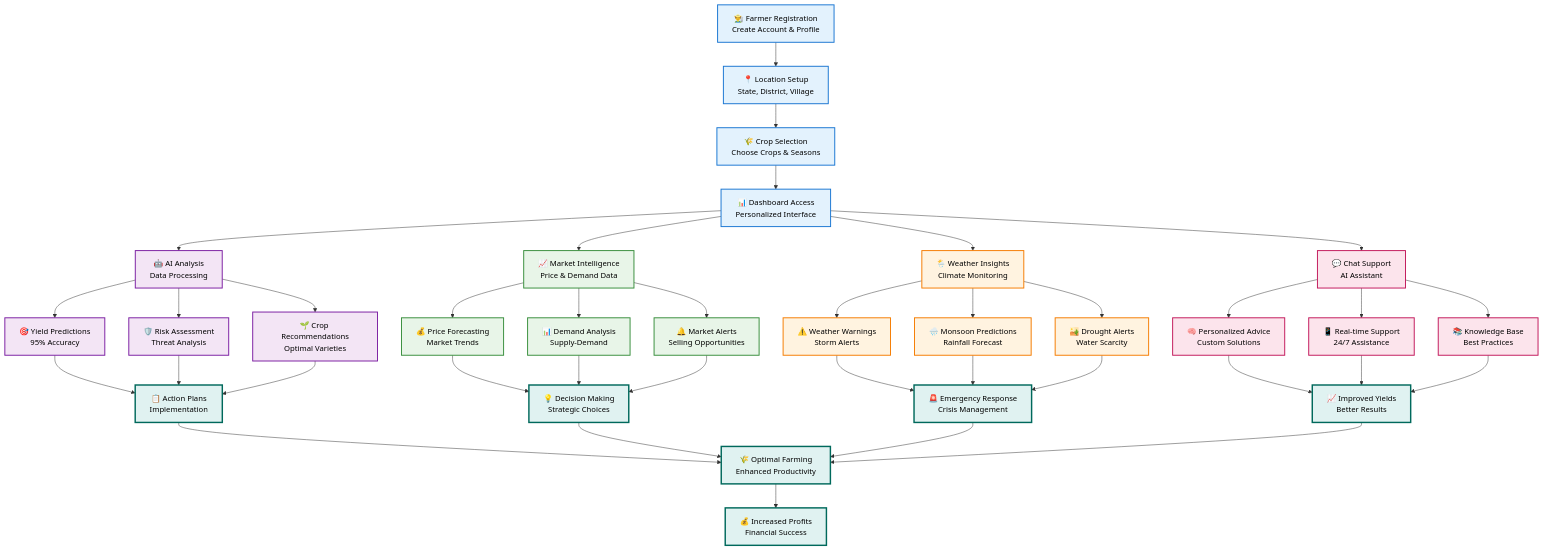
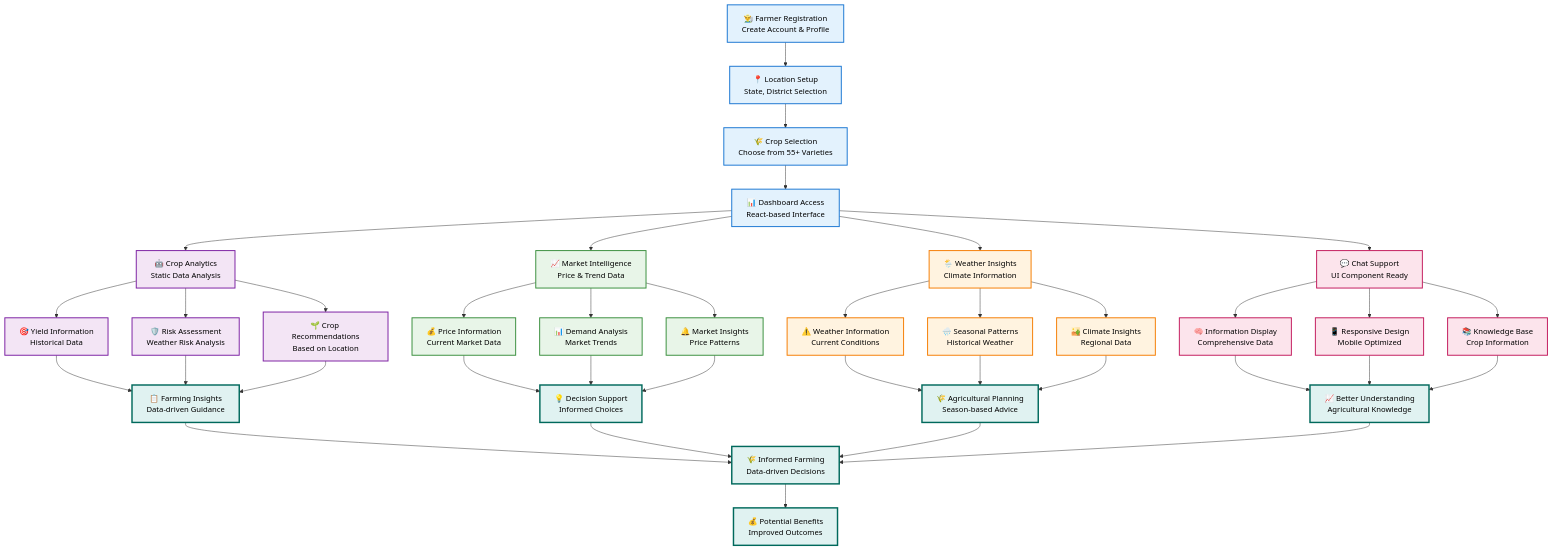
Before and after one commit to KGFCH2/CropAI_India: the first of 9 diagrams in README.md, drawn with Mermaid. The commit also changed other lines of this file, not shown here.

````diff
--- a/README.md
+++ b/README.md
@@ -254,62 +254,62 @@
 ```mermaid
 flowchart TD
-    A["👨‍🌾 Farmer Registration<br/>Create Account & Profile"] --> B["📍 Location Setup<br/>State, District, Village"]
-    B --> C["🌾 Crop Selection<br/>Choose Crops & Seasons"]
-    C --> D["📊 Dashboard Access<br/>Personalized Interface"]
+    A["👨‍🌾 Farmer Registration<br/>Create Account & Profile"] --> B["📍 Location Setup<br/>State, District Selection"]
+    B --> C["🌾 Crop Selection<br/>Choose from 55+ Varieties"]
+    C --> D["📊 Dashboard Access<br/>React-based Interface"]
     
-    D --> E["🤖 AI Analysis<br/>Data Processing"]
-    D --> F["📈 Market Intelligence<br/>Price & Demand Data"]
-    D --> G["🌦️ Weather Insights<br/>Climate Monitoring"]
-    D --> H["💬 Chat Support<br/>AI Assistant"]
+    D --> E["🤖 Crop Analytics<br/>Static Data Analysis"]
+    D --> F["📈 Market Intelligence<br/>Price & Trend Data"]
+    D --> G["🌦️ Weather Insights<br/>Climate Information"]
+    D --> H["💬 Chat Support<br/>UI Component Ready"]
     
-    E --> I["🎯 Yield Predictions<br/>95% Accuracy"]
-    E --> J["🛡️ Risk Assessment<br/>Threat Analysis"]
-    E --> K["🌱 Crop Recommendations<br/>Optimal Varieties"]
+    E --> I["🎯 Yield Information<br/>Historical Data"]
+    E --> J["🛡️ Risk Assessment<br/>Weather Risk Analysis"]
+    E --> K["🌱 Crop Recommendations<br/>Based on Location"]
     
-    F --> L["💰 Price Forecasting<br/>Market Trends"]
-    F --> M["📊 Demand Analysis<br/>Supply-Demand"]
-    F --> N["🔔 Market Alerts<br/>Selling Opportunities"]
+    F --> L["💰 Price Information<br/>Current Market Data"]
+    F --> M["📊 Demand Analysis<br/>Market Trends"]
+    F --> N["🔔 Market Insights<br/>Price Patterns"]
     
-    G --> O["⚠️ Weather Warnings<br/>Storm Alerts"]
-    G --> P["🌧️ Monsoon Predictions<br/>Rainfall Forecast"]
-    G --> Q["🏜️ Drought Alerts<br/>Water Scarcity"]
+    G --> O["⚠️ Weather Information<br/>Current Conditions"]
+    G --> P["🌧️ Seasonal Patterns<br/>Historical Weather"]
+    G --> Q["🏜️ Climate Insights<br/>Regional Data"]
     
-    H --> R["🧠 Personalized Advice<br/>Custom Solutions"]
-    H --> S["📱 Real-time Support<br/>24/7 Assistance"]
-    H --> T["📚 Knowledge Base<br/>Best Practices"]
+    H --> R["🧠 Information Display<br/>Comprehensive Data"]
+    H --> S["📱 Responsive Design<br/>Mobile Optimized"]
+    H --> T["📚 Knowledge Base<br/>Crop Information"]
     
-    I --> U["📋 Action Plans<br/>Implementation"]
+    I --> U["📋 Farming Insights<br/>Data-driven Guidance"]
     J --> U
     K --> U
-    L --> V["💡 Decision Making<br/>Strategic Choices"]
+    L --> V["💡 Decision Support<br/>Informed Choices"]
     M --> V
     N --> V
-    O --> W["🚨 Emergency Response<br/>Crisis Management"]
+    O --> W["🌾 Agricultural Planning<br/>Season-based Advice"]
     P --> W
     Q --> W
-    R --> X["📈 Improved Yields<br/>Better Results"]
+    R --> X["📈 Better Understanding<br/>Agricultural Knowledge"]
     S --> X
     T --> X
     
-    U --> Y["🌾 Optimal Farming<br/>Enhanced Productivity"]
+    U --> Y["🌾 Informed Farming<br/>Data-driven Decisions"]
     V --> Y
     W --> Y
     X --> Y
     
-    Y --> Z["💰 Increased Profits<br/>Financial Success"]
+    Y --> Z["💰 Potential Benefits<br/>Improved Outcomes"]
     
     %% Styling for better visibility
     classDef userInput fill:#e3f2fd,stroke:#1976d2,stroke-width:2px,color:#000
-    classDef aiProcess fill:#f3e5f5,stroke:#7b1fa2,stroke-width:2px,color:#000
+    classDef dataProcess fill:#f3e5f5,stroke:#7b1fa2,stroke-width:2px,color:#000
     classDef marketData fill:#e8f5e8,stroke:#388e3c,stroke-width:2px,color:#000
     classDef weatherData fill:#fff3e0,stroke:#f57c00,stroke-width:2px,color:#000
     classDef support fill:#fce4ec,stroke:#c2185b,stroke-width:2px,color:#000
     classDef outcome fill:#e0f2f1,stroke:#00695c,stroke-width:3px,color:#000
     
     class A,B,C,D userInput
-    class E,I,J,K aiProcess
+    class E,I,J,K dataProcess
     class F,L,M,N marketData
     class G,O,P,Q weatherData
     class H,R,S,T support
     class U,V,W,X,Y,Z outcome
 ```
````
